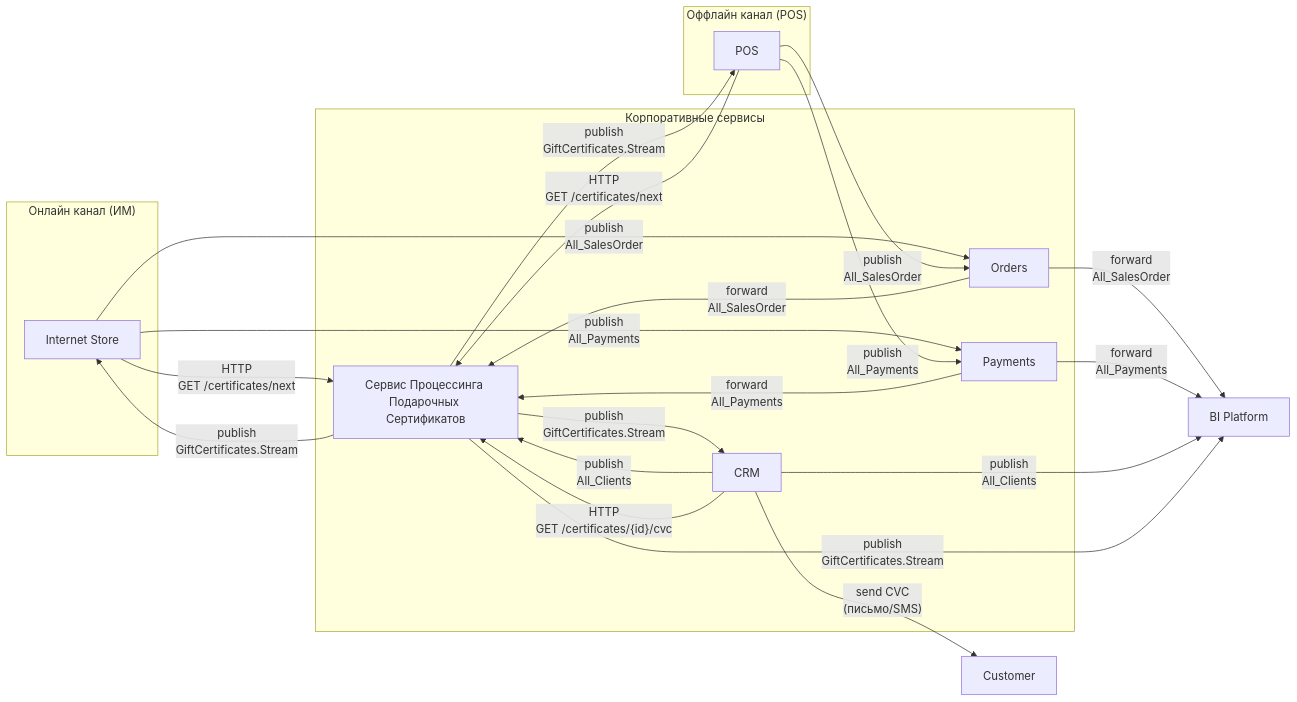
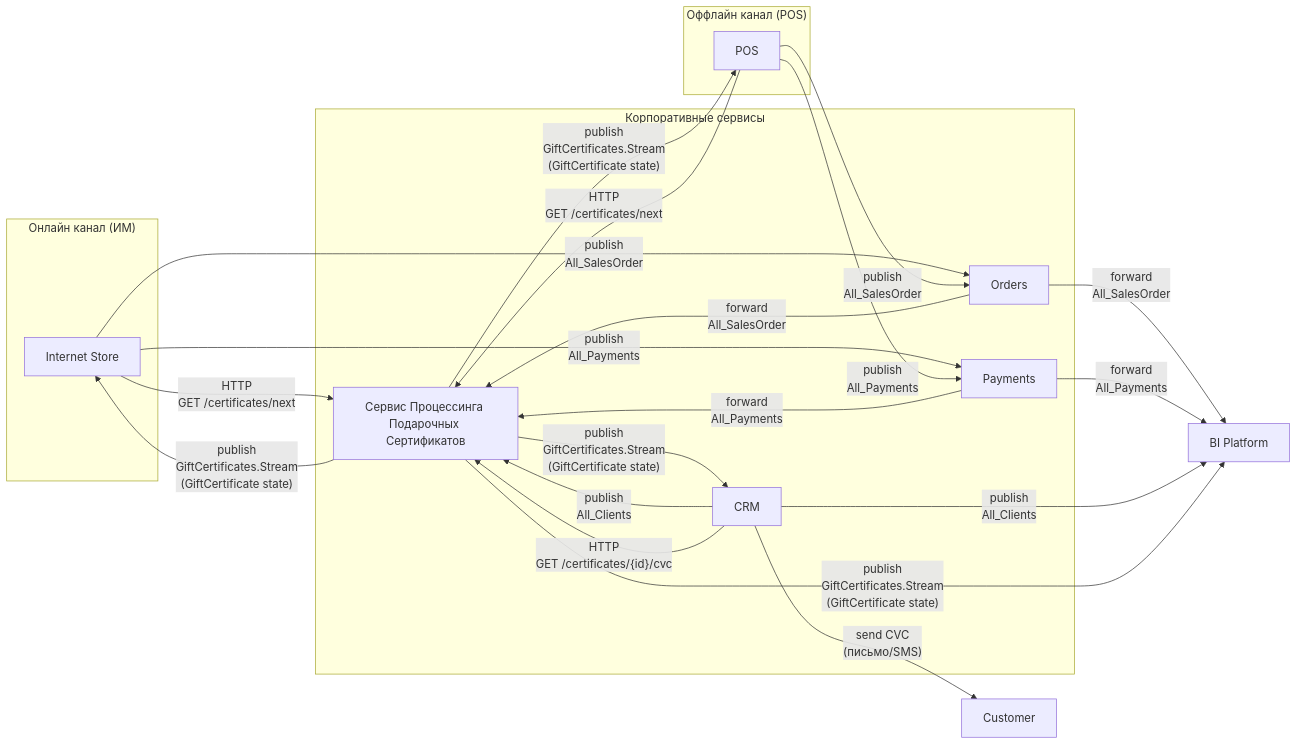
One commit to dobryakov/gift-certs-example2 changed the diagram in specs/diagrams/architecture.mmd. Above: the diagram before and after it, drawn with Mermaid. The commit also changed 11 other files, not shown here.

```diff
--- a/specs/diagrams/architecture.mmd
+++ b/specs/diagrams/architecture.mmd
@@ -1,40 +1,40 @@
 %% Mermaid diagram: архитектура взаимодействия сервисов и Kafka-топиков
 flowchart LR
     subgraph OnlineChannel["Онлайн канал (ИМ)"]
         IM["Internet Store"]
     end
     subgraph OfflineChannel["Оффлайн канал (POS)"]
         POS["POS"]
     end
     subgraph CoreServices["Корпоративные сервисы"]
         GCP["Сервис Процессинга Подарочных Сертификатов"]
         ORD["Orders"]
         PAY["Payments"]
         CRM["CRM"]
     end
     BI["BI Platform"]
     Customer["Customer"]
 
     IM -- "HTTP\nGET /certificates/next" --> GCP
     POS -- "HTTP\nGET /certificates/next" --> GCP
 
     IM -- "publish\nAll_SalesOrder" --> ORD
     POS -- "publish\nAll_SalesOrder" --> ORD
     ORD -- "forward\nAll_SalesOrder" --> GCP
     ORD -- "forward\nAll_SalesOrder" --> BI
 
     IM -- "publish\nAll_Payments" --> PAY
     POS -- "publish\nAll_Payments" --> PAY
     PAY -- "forward\nAll_Payments" --> GCP
     PAY -- "forward\nAll_Payments" --> BI
 
     CRM -- "publish\nAll_Clients" --> GCP
     CRM -- "publish\nAll_Clients" --> BI
 
-    GCP -- "publish\nGiftCertificates.Stream" --> IM
-    GCP -- "publish\nGiftCertificates.Stream" --> POS
-    GCP -- "publish\nGiftCertificates.Stream" --> CRM
-    GCP -- "publish\nGiftCertificates.Stream" --> BI
+    GCP -- "publish\nGiftCertificates.Stream\n(GiftCertificate state)" --> IM
+    GCP -- "publish\nGiftCertificates.Stream\n(GiftCertificate state)" --> POS
+    GCP -- "publish\nGiftCertificates.Stream\n(GiftCertificate state)" --> CRM
+    GCP -- "publish\nGiftCertificates.Stream\n(GiftCertificate state)" --> BI
 
     CRM -- "HTTP\nGET /certificates/{id}/cvc" --> GCP
     CRM -- "send CVC\n(письмо/SMS)" --> Customer
```
